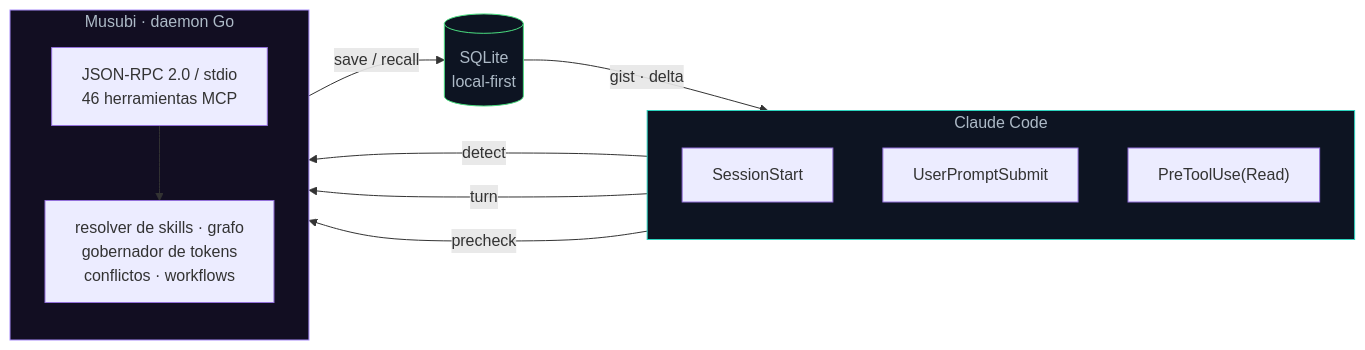
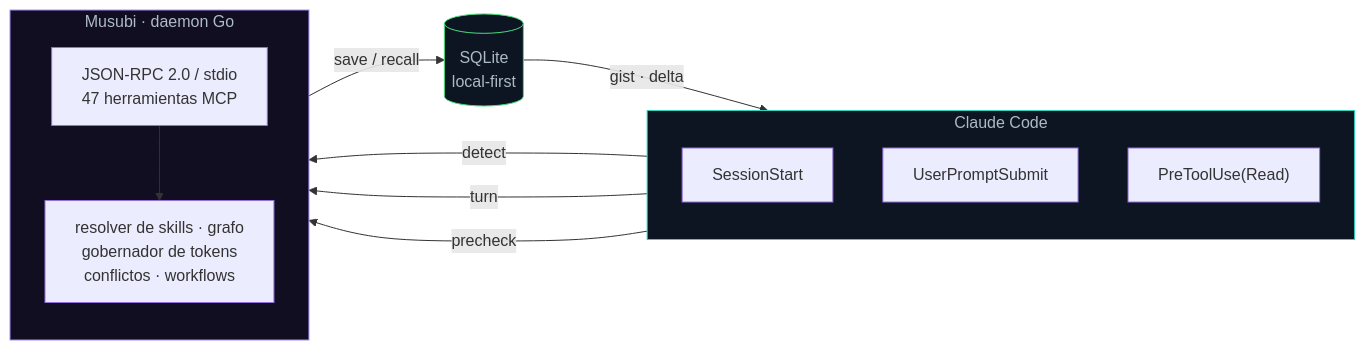
Before and after one commit to codeabraham16/musubi: the first of 3 diagrams in README.md, drawn with Mermaid. The commit also changed other lines of this file and 9 other files, not shown here.

````diff
--- a/README.md
+++ b/README.md
@@ -68,27 +68,27 @@
 ```mermaid
 flowchart LR
     subgraph CC["Claude Code"]
         direction TB
         H1["SessionStart"]
         H2["UserPromptSubmit"]
         H3["PreToolUse(Read)"]
     end
     subgraph M["Musubi · daemon Go"]
         direction TB
-        RPC["JSON-RPC 2.0 / stdio<br/>46 herramientas MCP"]
+        RPC["JSON-RPC 2.0 / stdio<br/>47 herramientas MCP"]
         COG["resolver de skills · grafo<br/>gobernador de tokens<br/>conflictos · workflows"]
     end
     DB[("SQLite<br/>local-first")]
 
     H1 -- "detect" --> RPC
     H2 -- "turn" --> RPC
     H3 -- "precheck" --> RPC
     RPC --> COG
     COG -- "save / recall" --> DB
     DB -- "gist · delta" --> CC
 
     classDef cc fill:#0d1422,stroke:#2dd4bf,color:#adbac7;
     classDef mm fill:#120e22,stroke:#a78bfa,color:#adbac7;
     classDef db fill:#0d1422,stroke:#4ade80,color:#adbac7;
     class CC cc; class M mm; class DB db;
 ```
````
